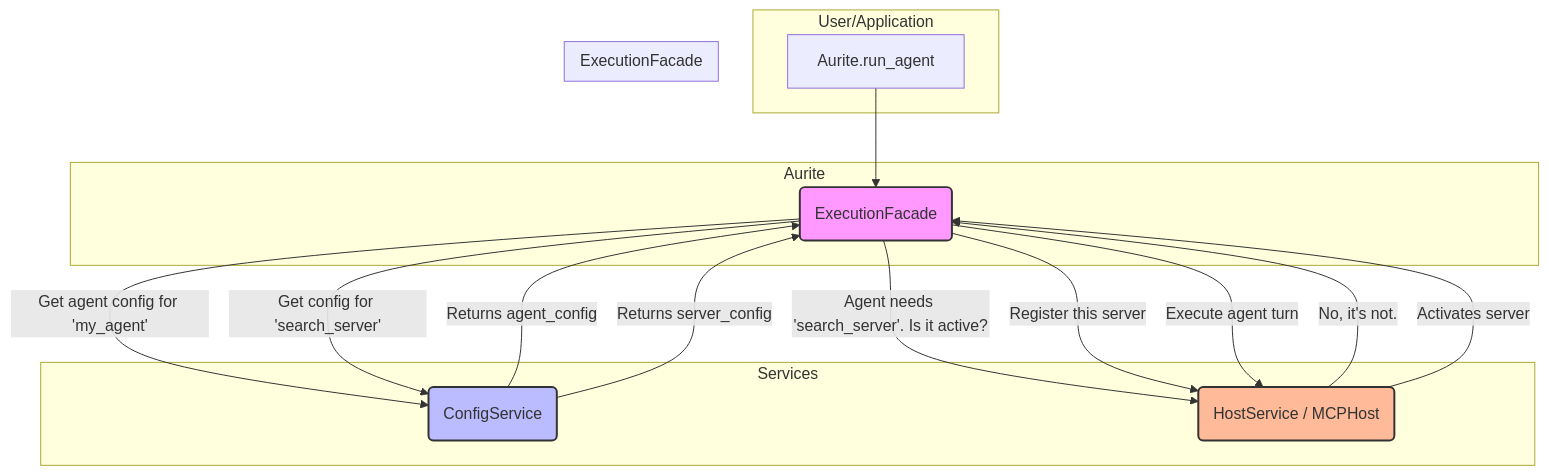
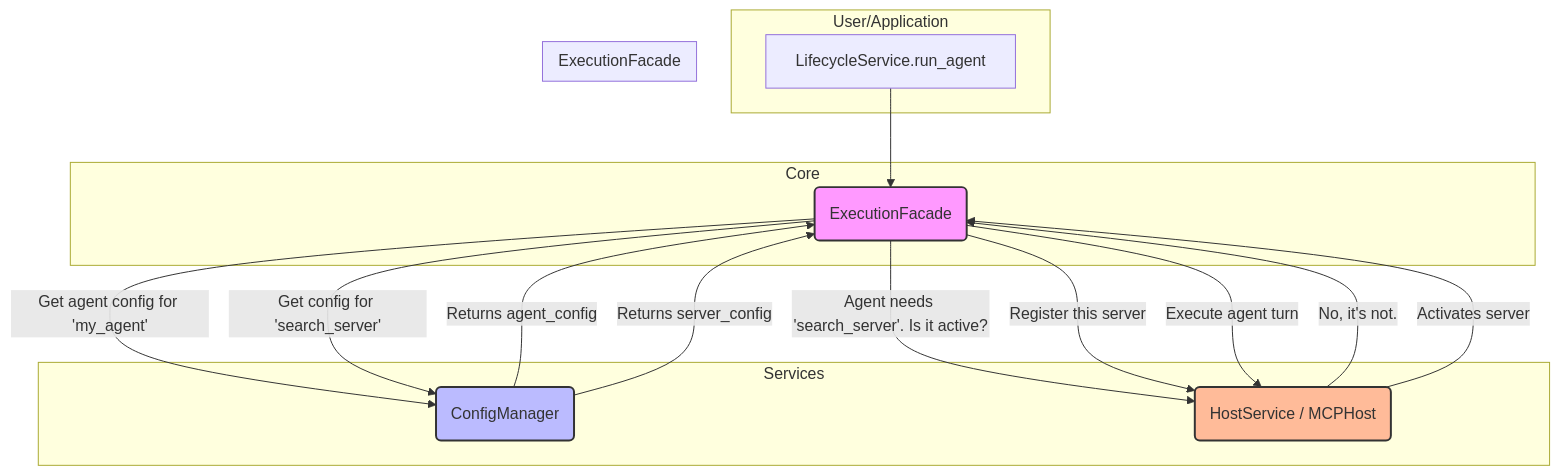
The diagram in docs/architecture/design/configuration_system_design.md (Aurite-ai/aurite-agents), drawn with Mermaid before and after one commit. The commit also changed other lines of this file and 6 other files, not shown here.

````diff
--- a/docs/architecture/design/configuration_system_design.md
+++ b/docs/architecture/design/configuration_system_design.md
@@ -78,33 +85,33 @@
 ```mermaid
 graph TD
     subgraph User/Application
-        A[Aurite.run_agent]
+        A[LifecycleService.run_agent]
     end
 
-    subgraph Aurite
+    subgraph Core
         B(ExecutionFacade)
     end
 
     subgraph Services
-        C(ConfigService)
+        C(ConfigManager)
         D(HostService / MCPHost)
     end
 
     A --> B
 
     subgraph ExecutionFacade
         B -- Get agent config for 'my_agent' --> C
         C -- Returns agent_config --> B
         B -- Agent needs 'search_server'. Is it active? --> D
         D -- No, it's not. --> B
         B -- Get config for 'search_server' --> C
         C -- Returns server_config --> B
         B -- Register this server --> D
         D -- Activates server --> B
         B -- Execute agent turn --> D
     end
 
     style B fill:#f9f,stroke:#333,stroke-width:2px
     style C fill:#bbf,stroke:#333,stroke-width:2px
     style D fill:#fb9,stroke:#333,stroke-width:2px
 ```
````
